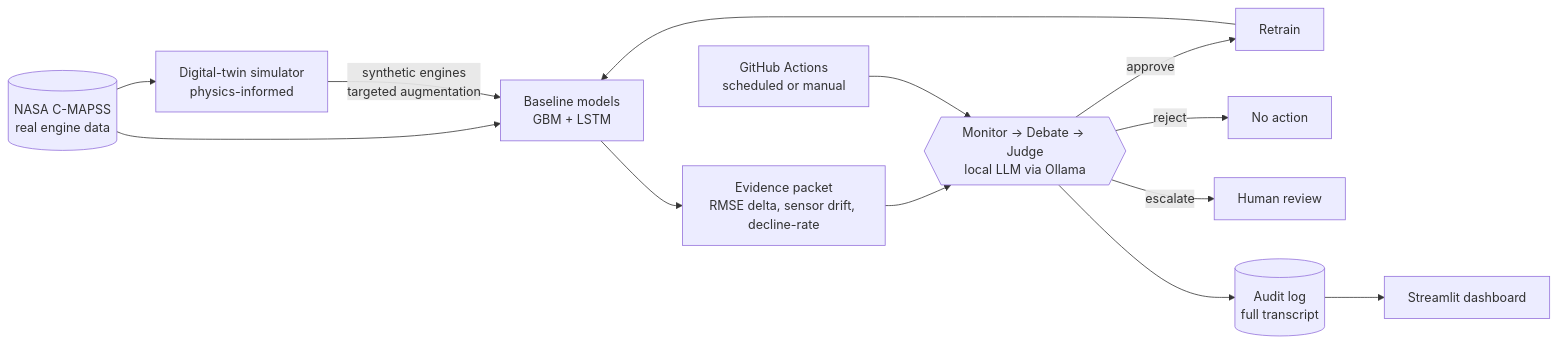
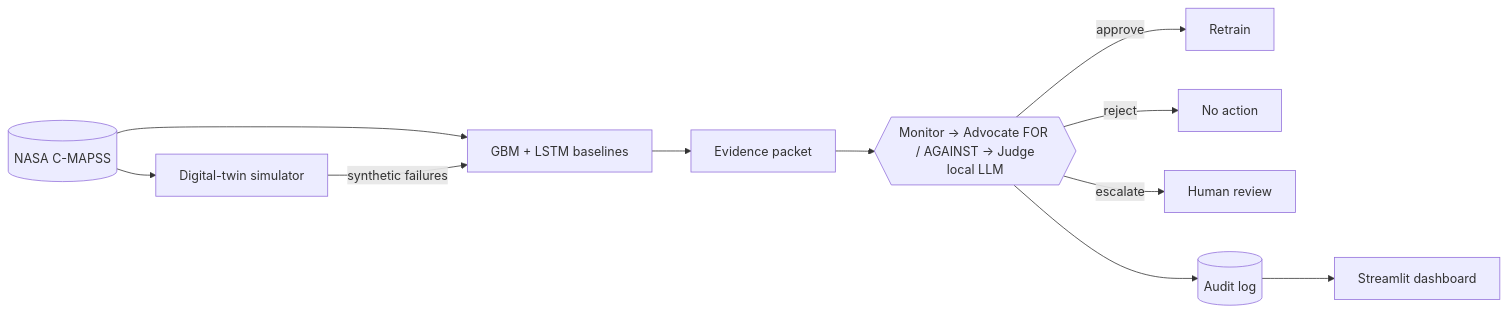
The diagram in README.md (davemeeta/guardian), drawn with Mermaid before and after one commit. The commit also changed other lines of this file, not shown here.

````diff
--- a/README.md
+++ b/README.md
@@ -35,15 +14,12 @@
 ```mermaid
 flowchart LR
-    A[("NASA C-MAPSS<br/>real engine data")] --> B["Baseline models<br/>GBM + LSTM"]
-    A --> C["Digital-twin simulator<br/>physics-informed"]
-    C -->|"synthetic engines<br/>targeted augmentation"| B
-    B --> D["Evidence packet<br/>RMSE delta, sensor drift, decline-rate"]
-    D --> E{{"Monitor -> Debate -> Judge<br/>local LLM via Ollama"}}
+    A[("NASA C-MAPSS")] --> B["GBM + LSTM baselines"]
+    A --> C["Digital-twin simulator"]
+    C -->|"synthetic failures"| B
+    B --> D["Evidence packet"]
+    D --> E{{"Monitor -> Advocate FOR / AGAINST -> Judge<br/>local LLM"}}
     E -->|approve| F["Retrain"]
     E -->|reject| G["No action"]
     E -->|escalate| H["Human review"]
-    F --> B
-    E --> I[("Audit log<br/>full transcript")]
-    I --> J["Streamlit dashboard"]
-    K["GitHub Actions<br/>scheduled or manual"] --> E
+    E --> I[("Audit log")] --> J["Streamlit dashboard"]
 ```
````
